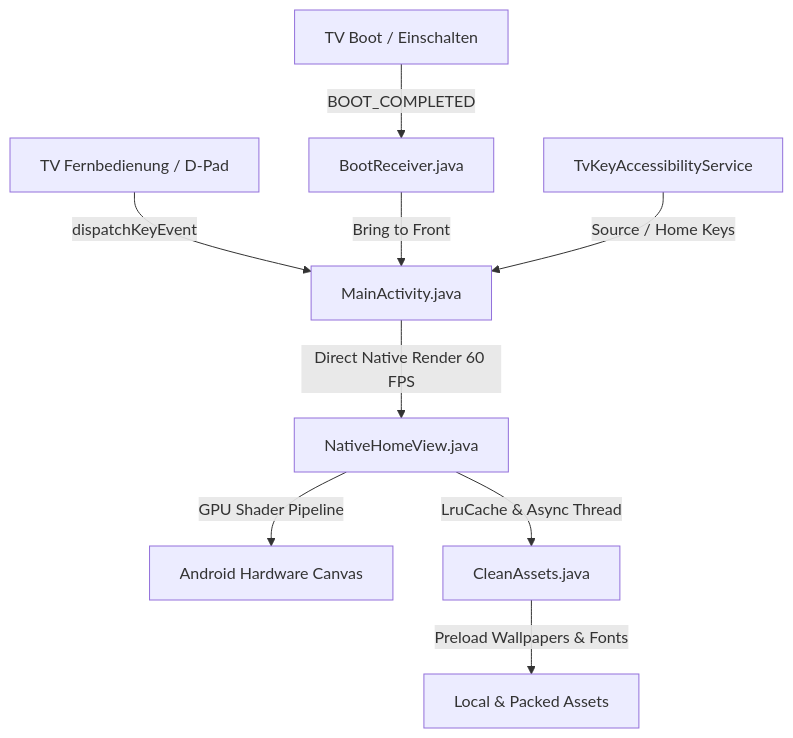
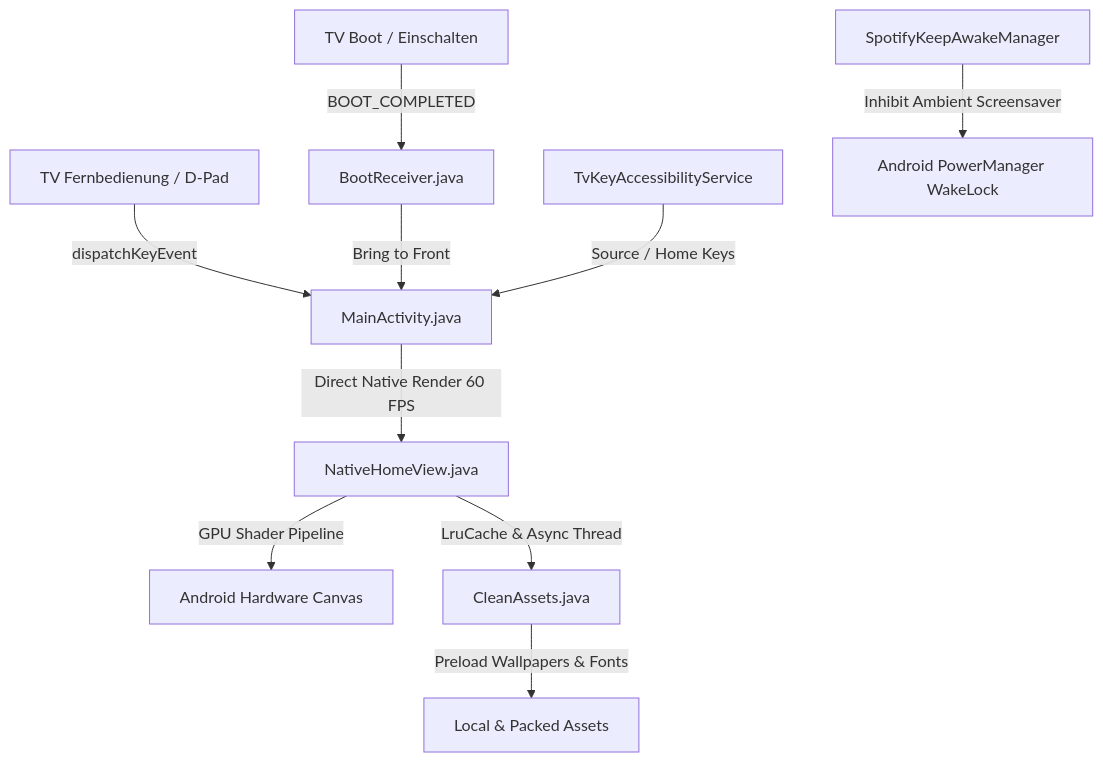
One commit to LaurinEngelen/Custom-CleanFrame-AndroidTV changed the diagram in README.md. Above: the diagram before and after it, drawn with Mermaid. The commit also changed other lines of this file and 7 other files, not shown here.

Commit message:
Add Spotify screensaver inhibitor during active music playback

````diff
--- a/README.md
+++ b/README.md
@@ -81,11 +82,12 @@
 ```mermaid
 flowchart TD
     Remote[TV Fernbedienung / D-Pad] -->|dispatchKeyEvent| MainActivity[MainActivity.java]
     MainActivity -->|Direct Native Render 60 FPS| NativeView[NativeHomeView.java]
     NativeView -->|GPU Shader Pipeline| Canvas[Android Hardware Canvas]
     NativeView -->|LruCache & Async Thread| Assets[CleanAssets.java]
     Assets -->|Preload Wallpapers & Fonts| AssetStorage[Local & Packed Assets]
     Boot[TV Boot / Einschalten] -->|BOOT_COMPLETED| BootReceiver[BootReceiver.java]
     BootReceiver -->|Bring to Front| MainActivity
     Accessibility[TvKeyAccessibilityService] -->|Source / Home Keys| MainActivity
+    SpotifyManager[SpotifyKeepAwakeManager] -->|Inhibit Ambient Screensaver| PowerManager[Android PowerManager WakeLock]
 ```
````
